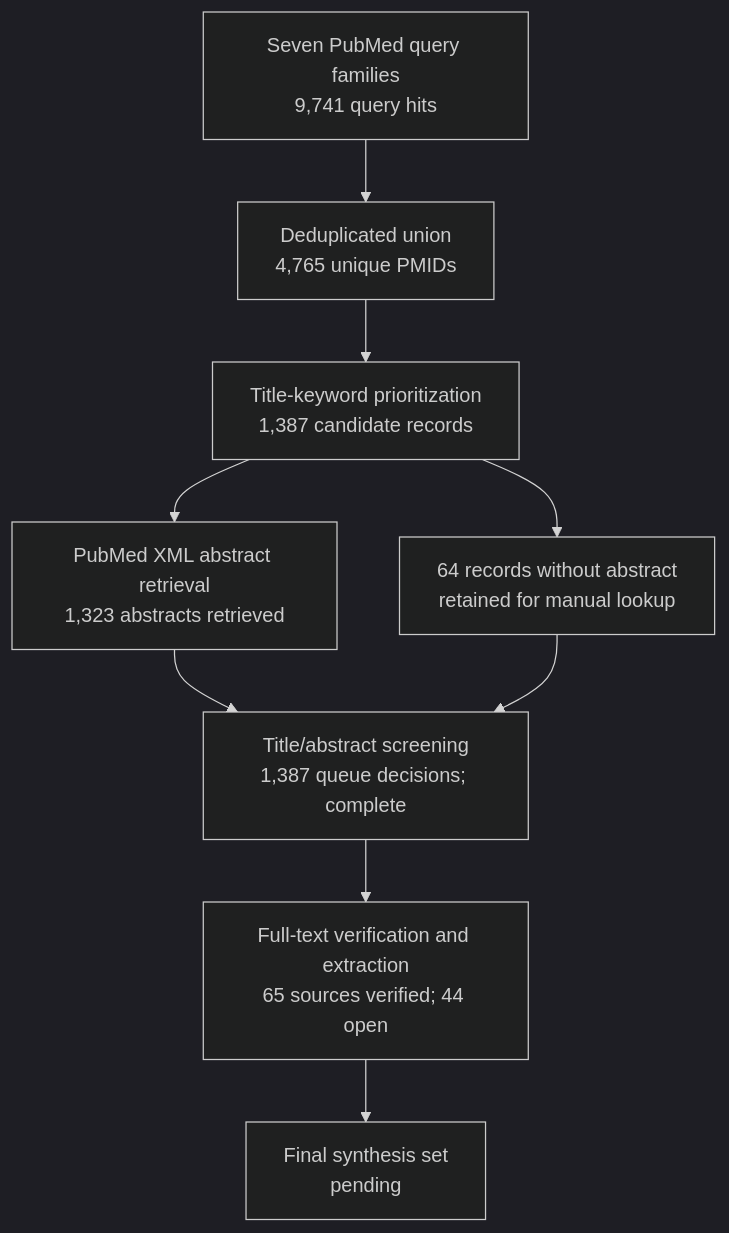
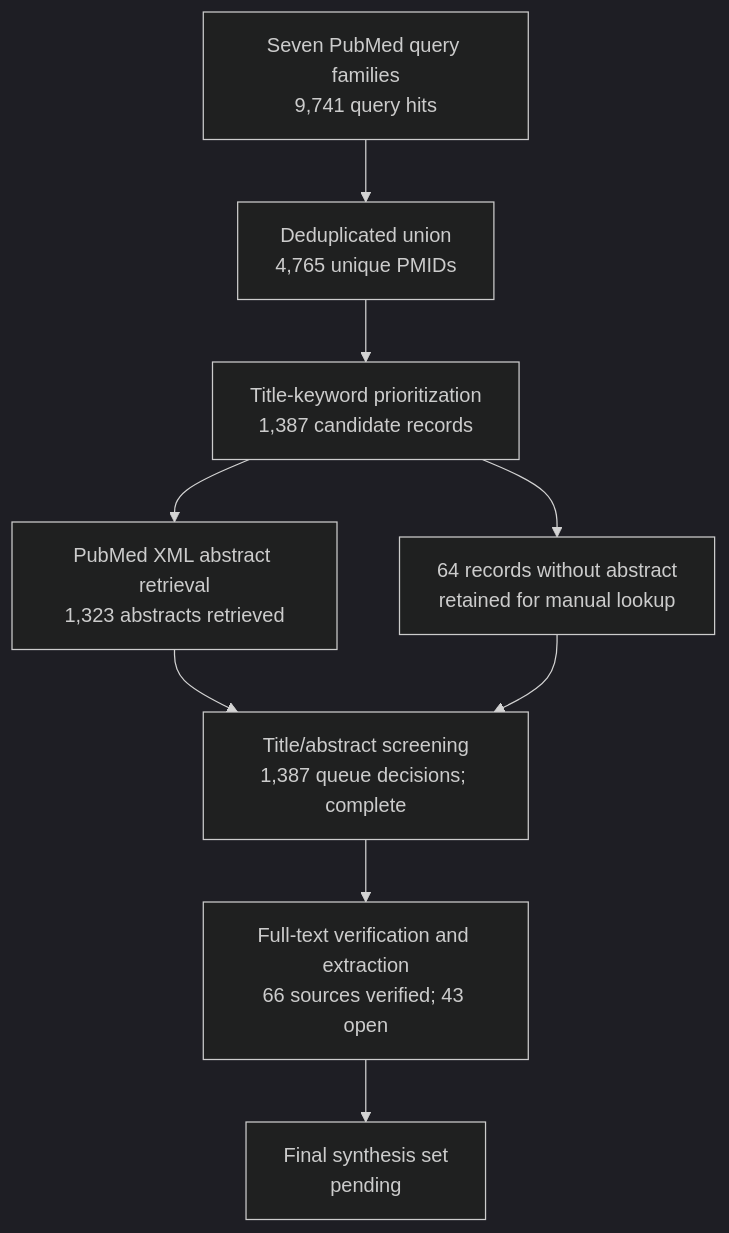
One commit to dcmcshan/artemisia changed the diagram in manuscript/review-flow.md. Above: the diagram before and after it, drawn with Mermaid (dark theme). The commit also changed other lines of this file and 14 other files, not shown here.

Commit message:
Add Caner wormwood trichinellosis full-text tranche

````diff
--- a/manuscript/review-flow.md
+++ b/manuscript/review-flow.md
@@ -5,11 +5,11 @@
 ```mermaid
 flowchart TB
   Q[Seven PubMed query families<br/>9,741 query hits] --> U[Deduplicated union<br/>4,765 unique PMIDs]
   U --> T[Title-keyword prioritization<br/>1,387 candidate records]
   T --> A[PubMed XML abstract retrieval<br/>1,323 abstracts retrieved]
   T --> N[64 records without abstract<br/>retained for manual lookup]
   A --> M[Title/abstract screening<br/>1,387 queue decisions; complete]
   N --> M
-  M --> F[Full-text verification and extraction<br/>65 sources verified; 44 open]
+  M --> F[Full-text verification and extraction<br/>66 sources verified; 43 open]
   F --> S[Final synthesis set<br/>pending]
 ```
````
